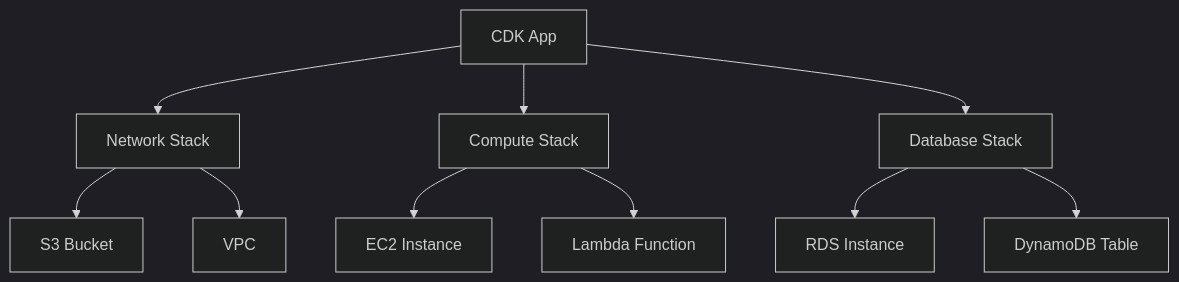
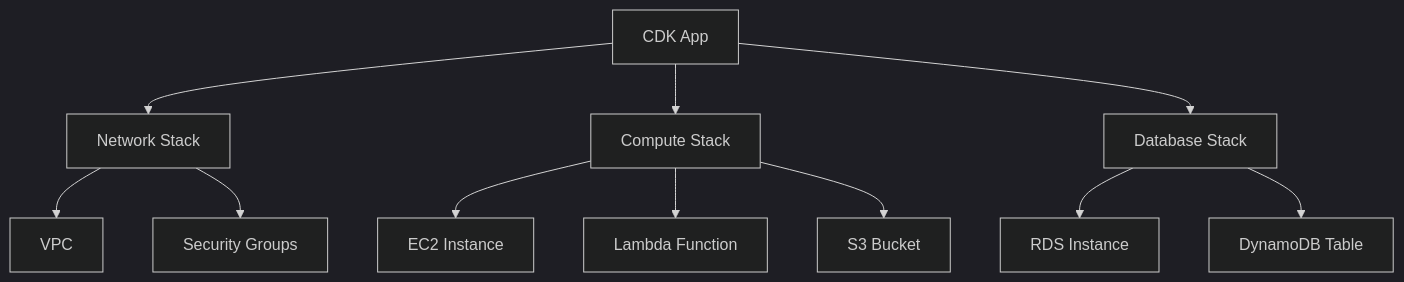
Before and after one commit to superluminar-io/aws-modular-workshop: the third of 3 diagrams in docs/labs/lab_100_cdk_foundations/0_intro.md, drawn with Mermaid (dark theme). The commit also changed other lines of this file and 63 other files, not shown here.

````diff
--- a/docs/labs/lab_100_cdk_foundations/0_intro.md
+++ b/docs/labs/lab_100_cdk_foundations/0_intro.md
@@ -87,15 +87,16 @@
 ```mermaid
 flowchart TD
     A[CDK App] --> B[Network Stack]
     A --> C[Compute Stack]
     A --> D[Database Stack]
 
-    B --> B1[S3 Bucket]
-    B --> B2[VPC]
+    B --> B1[VPC]
+    B --> B2[Security Groups]
 
     C --> C1[EC2 Instance]
     C --> C2[Lambda Function]
+    C --> C3[S3 Bucket]
 
     D --> D1[RDS Instance]
     D --> D2[DynamoDB Table]
 ```
````
